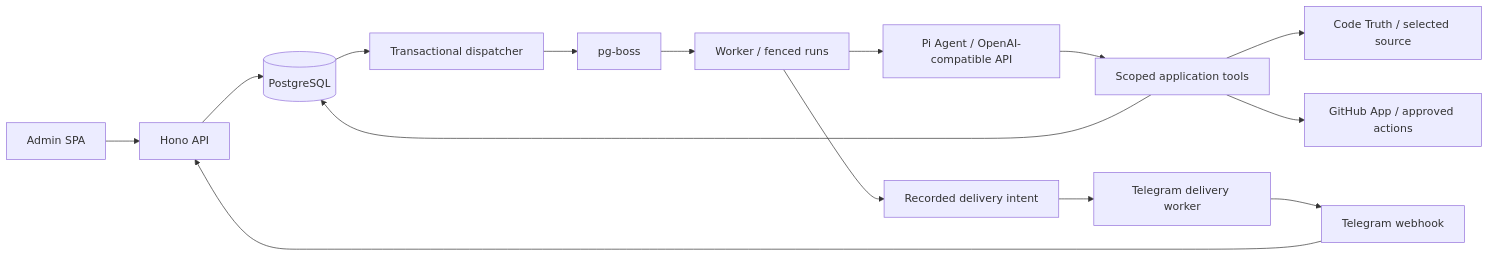
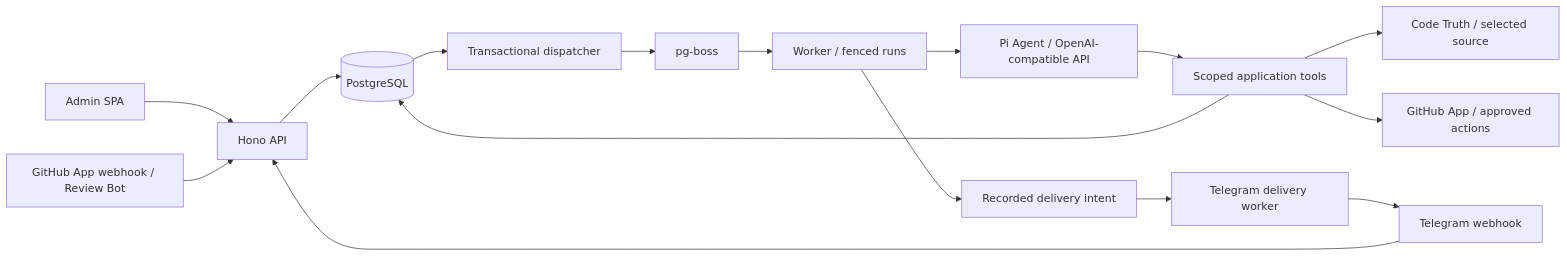
Before and after one commit to stonega/repodesk: the diagram in docs/design/architecture.md, drawn with Mermaid. The commit also changed other lines of this file and 35 other files, not shown here.

Commit message:
Add Review Bot for selected GitHub pull requests

````diff
--- a/docs/design/architecture.md
+++ b/docs/design/architecture.md
@@ -81,17 +81,18 @@
 ```mermaid
 flowchart LR
   Web[Admin SPA] --> API[Hono API]
   TG[Telegram webhook] --> API
+  GHW[GitHub App webhook / Review Bot] --> API
   API --> DB[(PostgreSQL)]
   DB --> Outbox[Transactional dispatcher]
   Outbox --> Jobs[pg-boss]
   Jobs --> Worker[Worker / fenced runs]
   Worker --> Pi[Pi Agent / OpenAI-compatible API]
   Pi --> Tools[Scoped application tools]
   Tools --> DB
   Tools --> CT[Code Truth / selected source]
   Tools --> GH[GitHub App / approved actions]
   Worker --> Intent[Recorded delivery intent]
   Intent --> Send[Telegram delivery worker]
   Send --> TG
 ```
````
